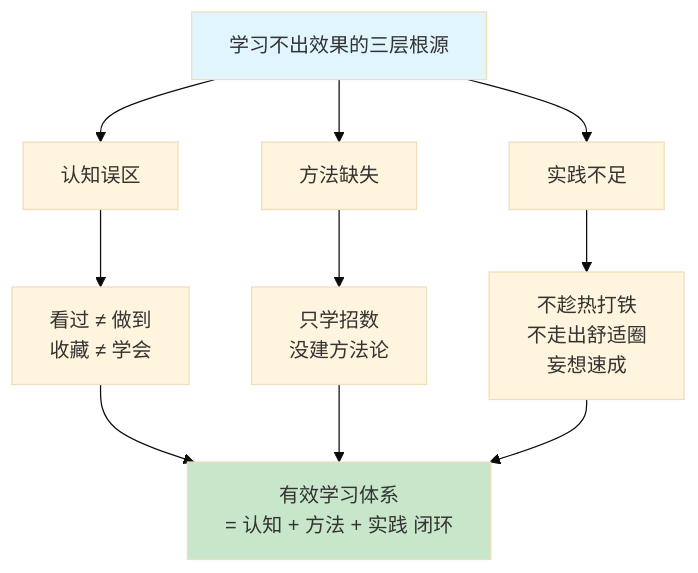
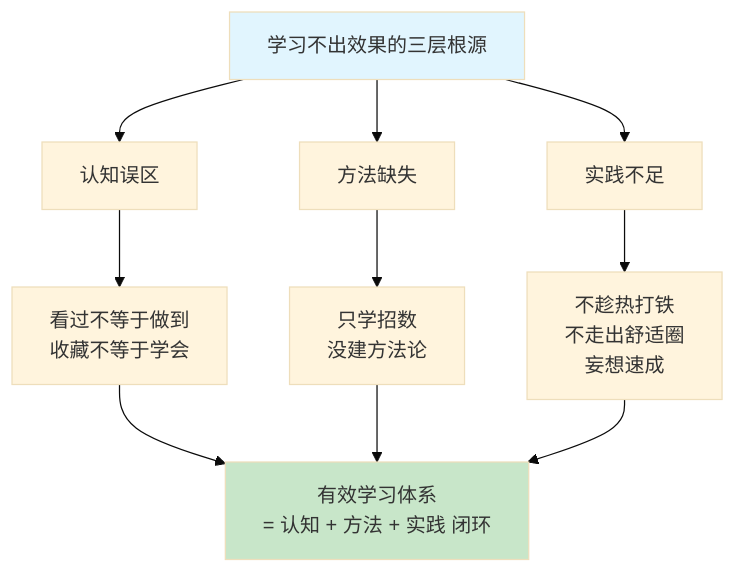
One commit to chongyang211/YCBookBlog changed the seventh of 8 diagrams in packages/website/11.书籍/04.自我精进·学习/01.学习的七大原则.md. Above: the diagram before and after it, drawn with Mermaid (base theme). The commit also changed other lines of this file, not shown here.

````diff
--- a/packages/website/11.书籍/04.自我精进·学习/01.学习的七大原则.md
+++ b/packages/website/11.书籍/04.自我精进·学习/01.学习的七大原则.md
@@ -145,14 +198,14 @@
 ```mermaid
 graph TD
     A[学习不出效果的三层根源] --> B[认知误区]
     A --> C[方法缺失]
     A --> D[实践不足]
-    B --> B1[看过 ≠ 做到<br/>收藏 ≠ 学会]
+    B --> B1[看过不等于做到<br/>收藏不等于学会]
     C --> C1[只学招数<br/>没建方法论]
     D --> D1[不趁热打铁<br/>不走出舒适圈<br/>妄想速成]
     B1 --> E[有效学习体系<br/>= 认知 + 方法 + 实践 闭环]
     C1 --> E
     D1 --> E
     style A fill:#e1f5fe
     style E fill:#c8e6c9
 ```
````
